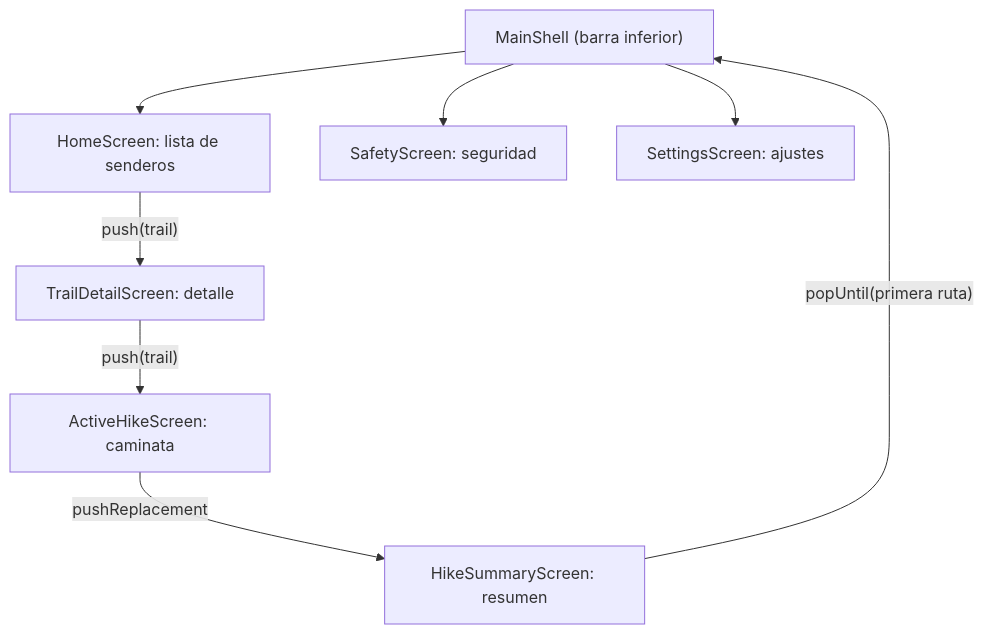
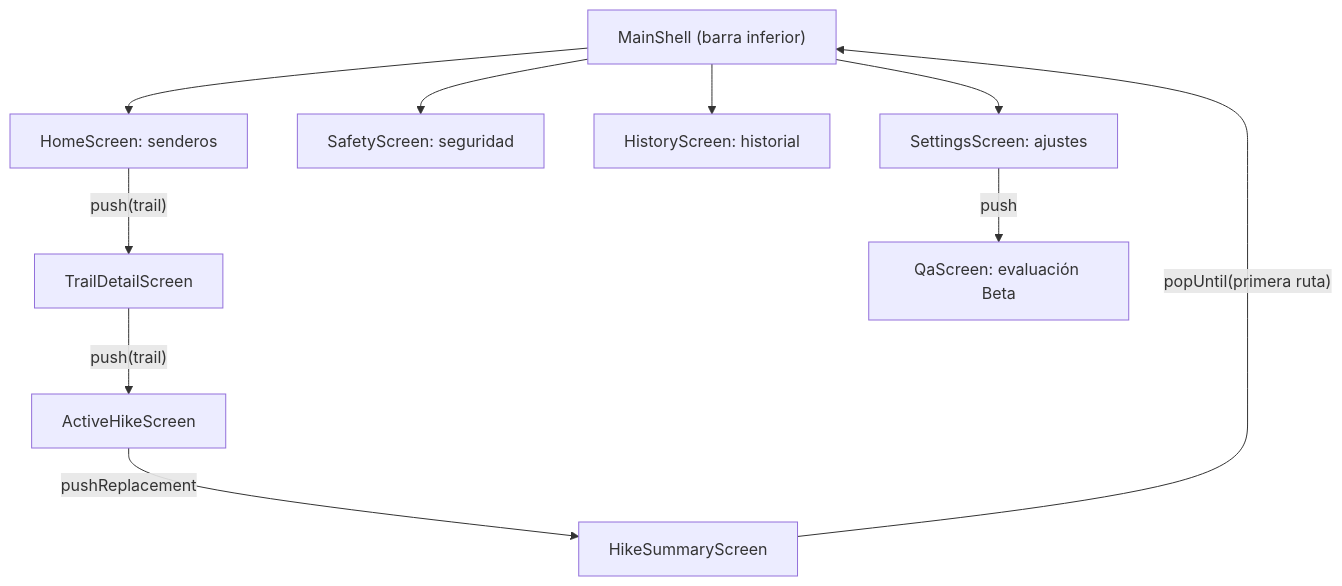
Before and after one commit to Condordie/Lircayhub: the third of 4 diagrams in README.md, drawn with Mermaid. The commit also changed other lines of this file and 76 other files, not shown here.

````diff
--- a/README.md
+++ b/README.md
@@ -212,10 +268,12 @@
 ```mermaid
 flowchart TD
-    A["MainShell (barra inferior)"] --> B["HomeScreen: lista de senderos"]
+    A["MainShell (barra inferior)"] --> B["HomeScreen: senderos"]
     A --> S["SafetyScreen: seguridad"]
+    A --> HI["HistoryScreen: historial"]
     A --> T["SettingsScreen: ajustes"]
-    B -- "push(trail)" --> C["TrailDetailScreen: detalle"]
-    C -- "push(trail)" --> D["ActiveHikeScreen: caminata"]
-    D -- "pushReplacement" --> E["HikeSummaryScreen: resumen"]
+    B -- "push(trail)" --> C["TrailDetailScreen"]
+    C -- "push(trail)" --> D["ActiveHikeScreen"]
+    D -- "pushReplacement" --> E["HikeSummaryScreen"]
     E -- "popUntil(primera ruta)" --> A
+    T -- push --> Q["QaScreen: evaluación Beta"]
 ```
````
